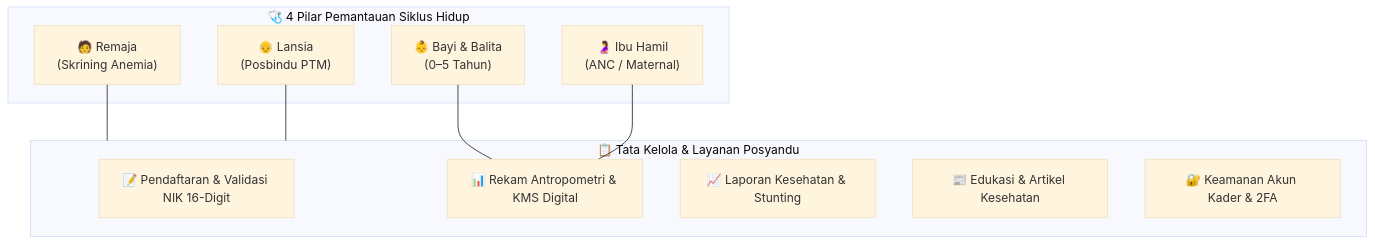
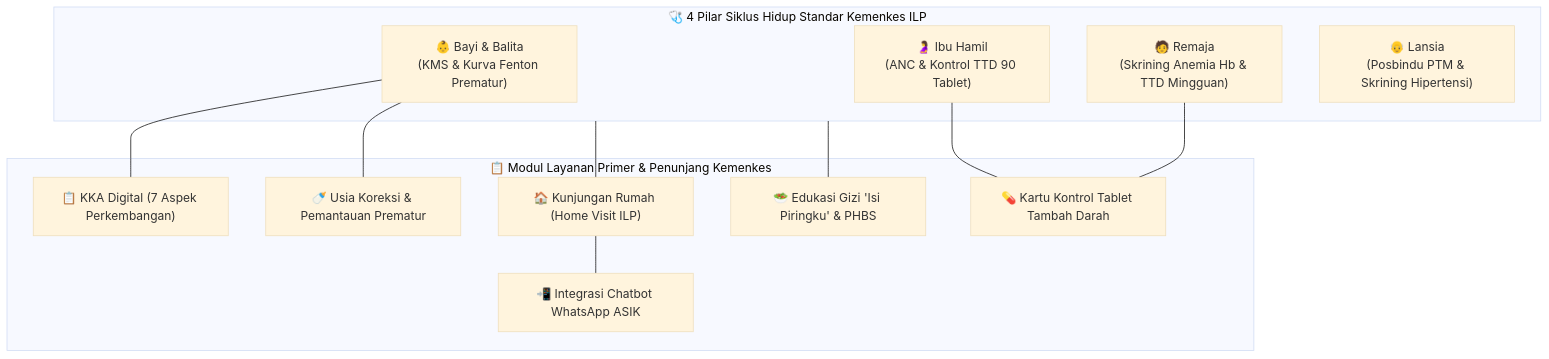
Before and after one commit to Adi-code18/E-posyandu_web: the first of 4 diagrams in README.md, drawn with Mermaid (base theme). The commit also changed other lines of this file and 33 other files, not shown here.

Commit message:
feat: upgrade system to Kemenkes ILP V2.0 standard with new health modules and RBAC

````diff
--- a/README.md
+++ b/README.md
@@ -68,22 +69,26 @@
 ```mermaid
 flowchart TD
-    subgraph SIKLUS_HIDUP[" 🩺 4 Pilar Pemantauan Siklus Hidup "]
-        B["👶 Bayi & Balita<br/>(0–5 Tahun)"]
-        H["🤰 Ibu Hamil<br/>(ANC / Maternal)"]
-        R["🧑 Remaja<br/>(Skrining Anemia)"]
-        L["👴 Lansia<br/>(Posbindu PTM)"]
+    subgraph SIKLUS_HIDUP[" 🩺 4 Pilar Siklus Hidup Standar Kemenkes ILP "]
+        B["👶 Bayi & Balita<br/>(KMS & Kurva Fenton Prematur)"]
+        H["🤰 Ibu Hamil<br/>(ANC & Kontrol TTD 90 Tablet)"]
+        R["🧑 Remaja<br/>(Skrining Anemia Hb & TTD Mingguan)"]
+        L["👴 Lansia<br/>(Posbindu PTM & Skrining Hipertensi)"]
     end
 
-    subgraph PELAYANAN[" 📋 Tata Kelola & Layanan Posyandu "]
-        REG["📝 Pendaftaran & Validasi NIK 16-Digit"]
-        REC["📊 Rekam Antropometri & KMS Digital"]
-        LAP["📈 Laporan Kesehatan & Stunting"]
-        EDU["📰 Edukasi & Artikel Kesehatan"]
-        SEC["🔐 Keamanan Akun Kader & 2FA"]
+    subgraph LAYANAN_ILP[" 📋 Modul Layanan Primer & Penunjang Kemenkes "]
+        KKA["📋 KKA Digital (7 Aspek Perkembangan)"]
+        FENTON["🍼 Usia Koreksi & Pemantauan Prematur"]
+        HOME["🏠 Kunjungan Rumah (Home Visit ILP)"]
+        TTD["💊 Kartu Kontrol Tablet Tambah Darah"]
+        EDU["🥗 Edukasi Gizi 'Isi Piringku' & PHBS"]
+        ASIK["📲 Integrasi Chatbot WhatsApp ASIK"]
     end
 
-    B --- REC
-    H --- REC
-    R --- PELAYANAN
-    L --- PELAYANAN
+    B --- KKA
+    B --- FENTON
+    H --- TTD
+    R --- TTD
+    SIKLUS_HIDUP --- HOME
+    SIKLUS_HIDUP --- EDU
+    HOME --- ASIK
 ```
````
